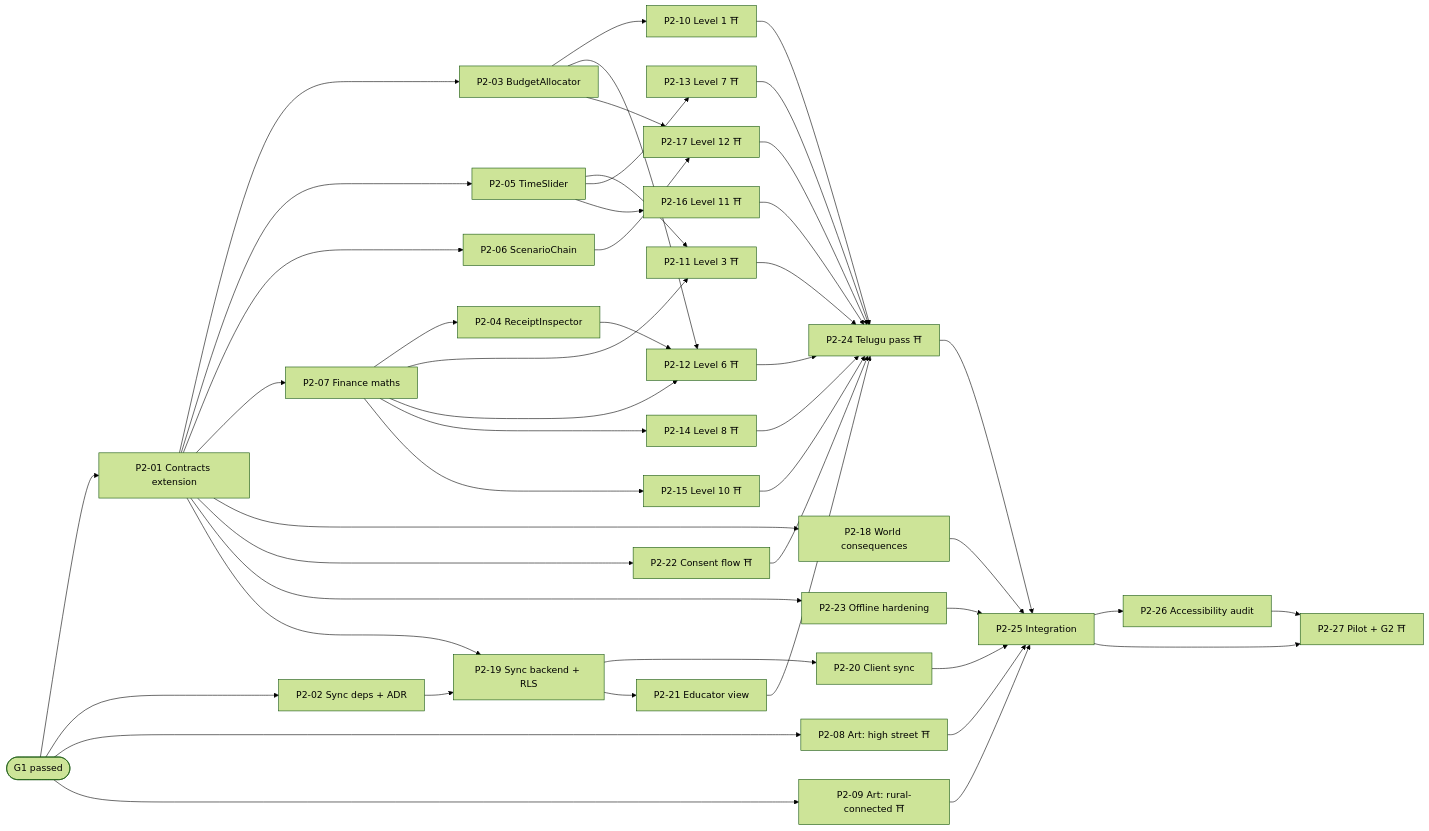
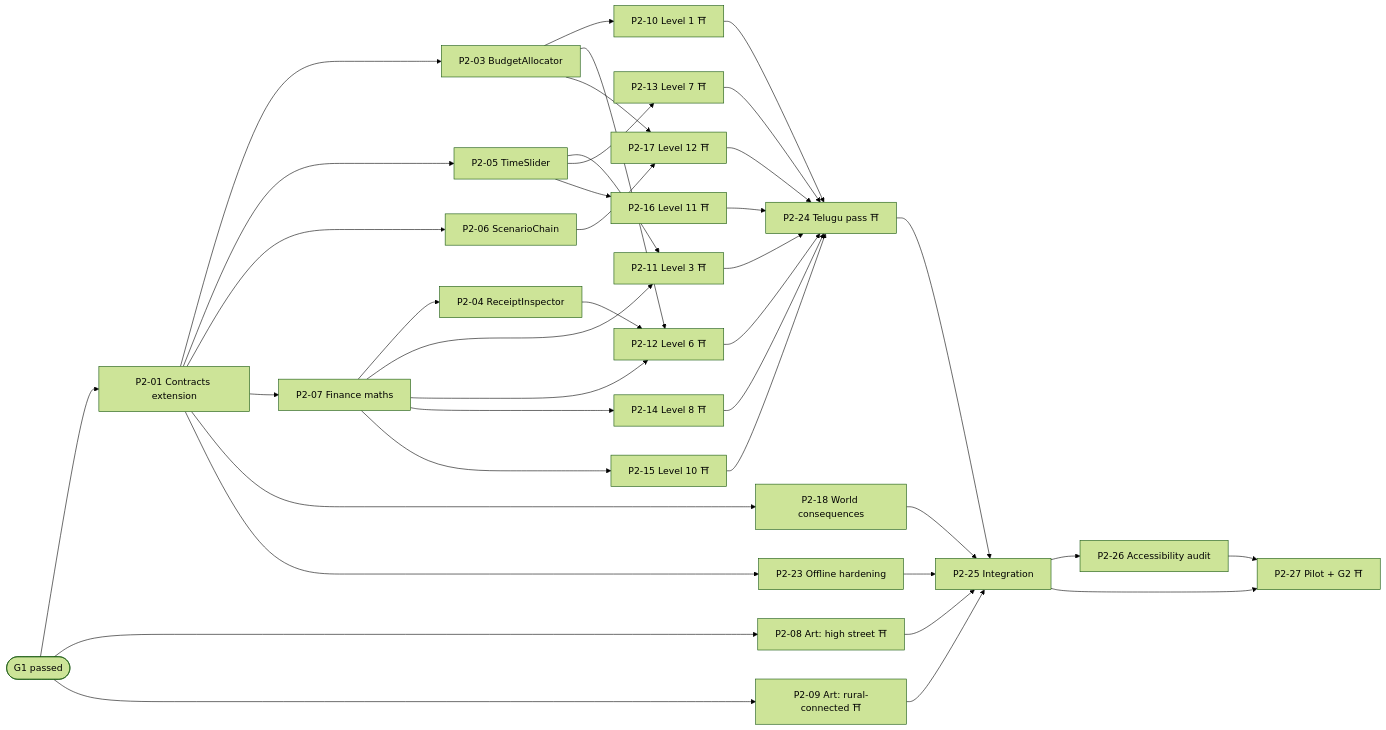
One commit to Megathon-Gs/life-of-rupee changed the third of 3 diagrams in docs/tasks/README.md. Above: the diagram before and after it, drawn with Mermaid (forest theme). The commit also changed other lines of this file and 13 other files, not shown here.

First line of the commit message:
docs(scope): drop sync, educator view and consent flow from P2 (#157)

````diff
--- a/docs/tasks/README.md
+++ b/docs/tasks/README.md
@@ -164,31 +164,26 @@
 ```mermaid
 flowchart LR
   G1(["G1 passed"]) --> T01["P2-01 Contracts extension"]
-  G1 --> T02["P2-02 Sync deps + ADR"]
   G1 --> T08["P2-08 Art: high street ⛩"]
   G1 --> T09["P2-09 Art: rural-connected ⛩"]
   T01 --> T03["P2-03 BudgetAllocator"]
   T01 --> T05["P2-05 TimeSlider"]
   T01 --> T06["P2-06 ScenarioChain"]
   T01 --> T07["P2-07 Finance maths"]
   T07 --> T04["P2-04 ReceiptInspector"]
   T01 --> T18["P2-18 World consequences"]
-  T01 --> T22["P2-22 Consent flow ⛩"]
   T01 --> T23["P2-23 Offline hardening"]
   T03 --> L01["P2-10 Level 1 ⛩"]
   T05 --> L03["P2-11 Level 3 ⛩"]
   T07 --> L03
   T03 & T04 & T07 --> L06["P2-12 Level 6 ⛩"]
   T05 --> L07["P2-13 Level 7 ⛩"]
   T07 --> L08["P2-14 Level 8 ⛩"]
   T07 --> L10["P2-15 Level 10 ⛩"]
   T05 --> L11["P2-16 Level 11 ⛩"]
   T03 & T06 --> L12["P2-17 Level 12 ⛩"]
-  T01 & T02 --> T19["P2-19 Sync backend + RLS"]
-  T19 --> T20["P2-20 Client sync"]
-  T19 --> T21["P2-21 Educator view"]
-  L01 & L03 & L06 & L07 & L08 & L10 & L11 & L12 & T21 & T22 --> T24["P2-24 Telugu pass ⛩"]
-  T08 & T09 & T18 & T20 & T23 & T24 --> T25["P2-25 Integration"]
+  L01 & L03 & L06 & L07 & L08 & L10 & L11 & L12 --> T24["P2-24 Telugu pass ⛩"]
+  T08 & T09 & T18 & T23 & T24 --> T25["P2-25 Integration"]
   T25 --> T26["P2-26 Accessibility audit"]
   T25 & T26 --> T27["P2-27 Pilot + G2 ⛩"]
 ```
````
